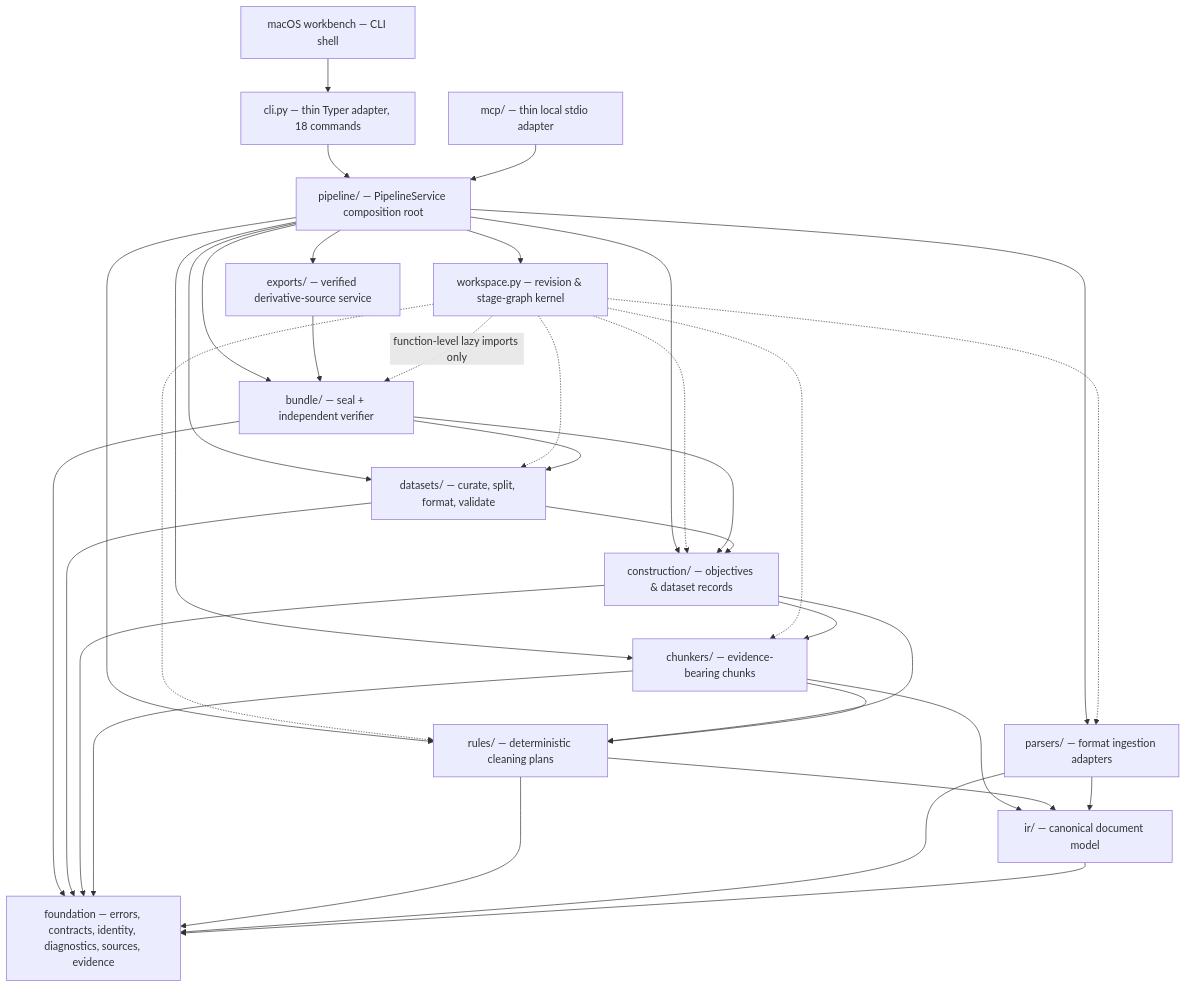
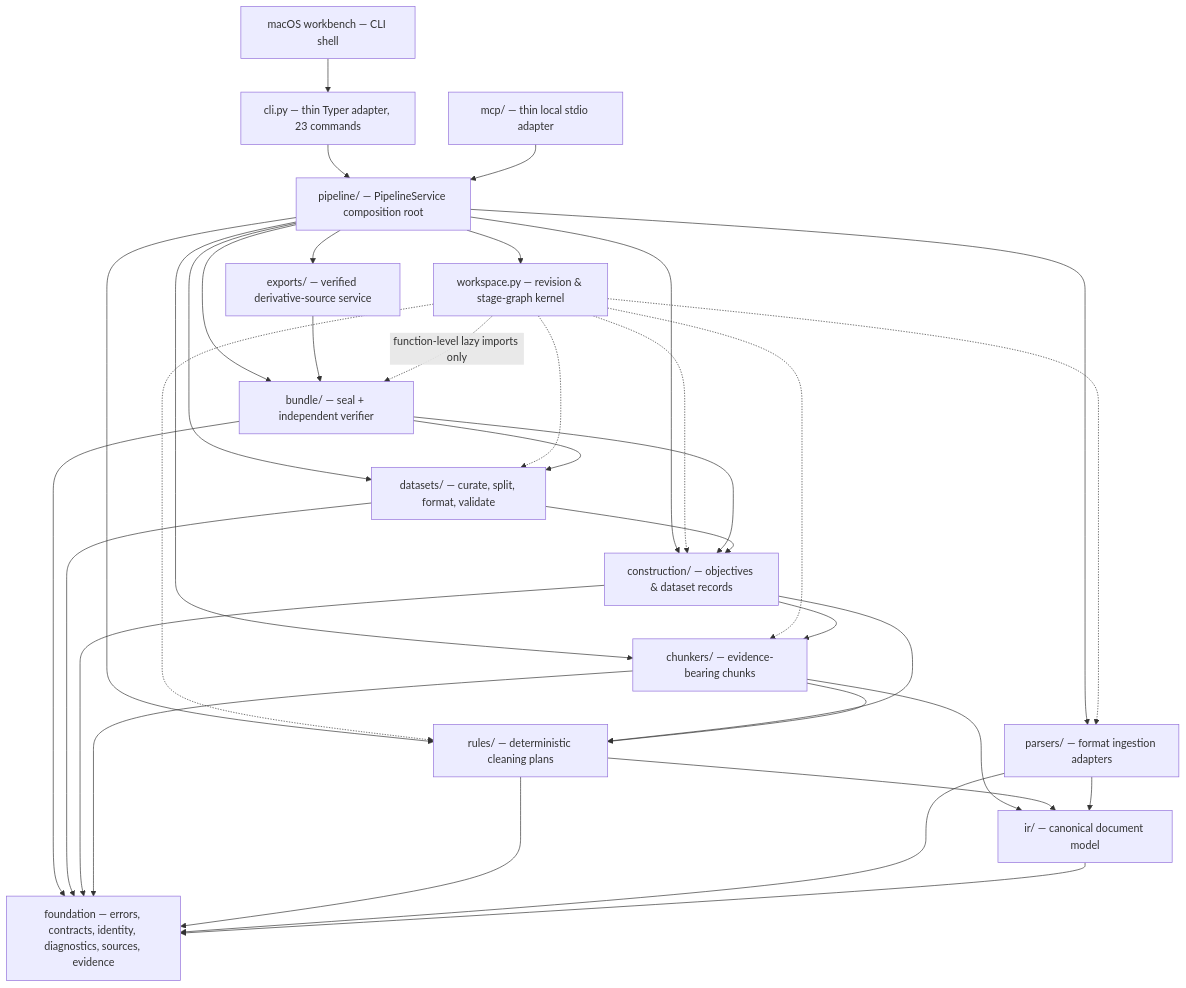
The diagram in docs/architecture/layers.md (ogprotege/Veriformis), drawn with Mermaid before and after one commit. The commit also changed other lines of this file and 46 other files, not shown here.

````diff
--- a/docs/architecture/layers.md
+++ b/docs/architecture/layers.md
@@ -30,52 +30,52 @@
 ```mermaid
 flowchart TD
-    CLI["cli.py — thin Typer adapter, 18 commands"]
+    CLI["cli.py — thin Typer adapter, 23 commands"]
     MCP["mcp/ — thin local stdio adapter"]
     MAC["macOS workbench — CLI shell"]
     PIP["pipeline/ — PipelineService composition root"]
     EXP["exports/ — verified derivative-source service"]
     WS["workspace.py — revision & stage-graph kernel"]
     BUN["bundle/ — seal + independent verifier"]
     DAT["datasets/ — curate, split, format, validate"]
     CON["construction/ — objectives & dataset records"]
     CHK["chunkers/ — evidence-bearing chunks"]
     RUL["rules/ — deterministic cleaning plans"]
     PAR["parsers/ — format ingestion adapters"]
     IR["ir/ — canonical document model"]
     FND["foundation — errors, contracts, identity, diagnostics, sources, evidence"]
 
     CLI --> PIP
     MCP --> PIP
     MAC --> CLI
     PIP --> WS
     PIP --> EXP
     PIP --> BUN
     PIP --> DAT
     PIP --> CON
     PIP --> CHK
     PIP --> RUL
     PIP --> PAR
     EXP --> BUN
     WS -. "function-level lazy imports only" .-> BUN
     WS -.-> DAT
     WS -.-> CON
     WS -.-> CHK
     WS -.-> RUL
     WS -.-> PAR
     BUN --> DAT
     BUN --> CON
     DAT --> CON
     CON --> CHK
     CON --> RUL
     CHK --> IR
     CHK --> RUL
     RUL --> IR
     PAR --> IR
     BUN --> FND
     DAT --> FND
     CON --> FND
     CHK --> FND
     RUL --> FND
     PAR --> FND
     IR --> FND
 ```
````
